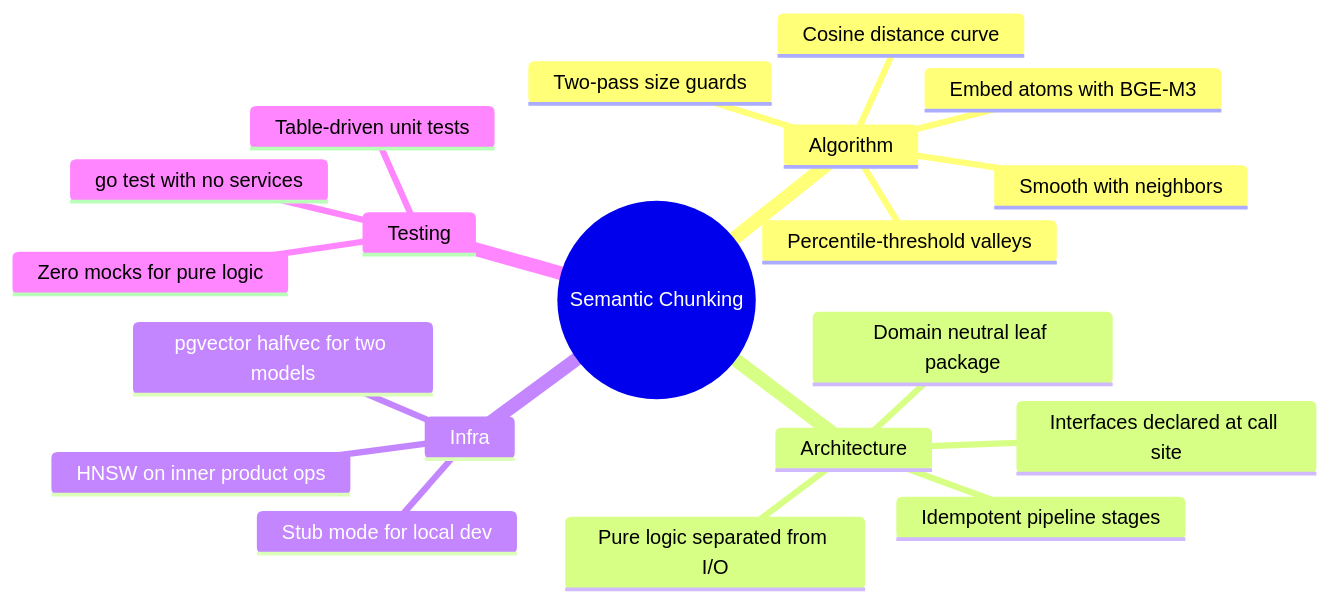
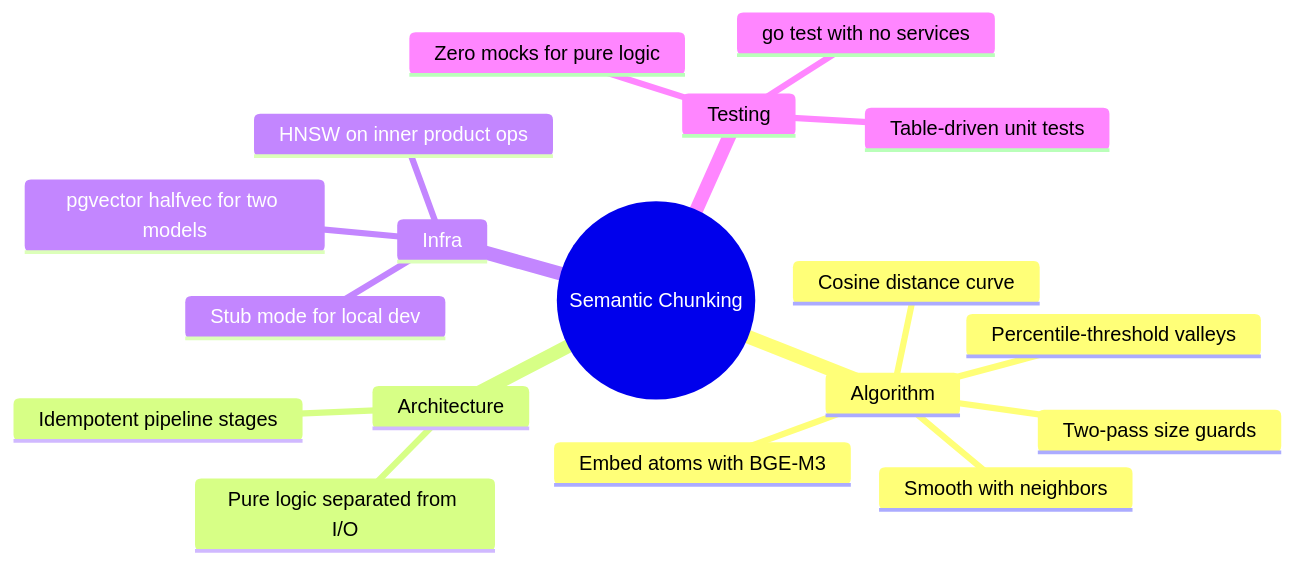
One commit to amit-upadhyay-IT/blog.dwar-ai.org changed diagram 16 of 16 in src/content/docs/amit/blog-semantic-chunking-valley-detection.md. Above: the diagram before and after it, drawn with Mermaid. The commit also changed other lines of this file, not shown here.

````diff
--- a/src/content/docs/amit/blog-semantic-chunking-valley-detection.md
+++ b/src/content/docs/amit/blog-semantic-chunking-valley-detection.md
@@ -501,23 +473,21 @@
 ```mermaid
 mindmap
   root((Semantic Chunking))
     Algorithm
       Embed atoms with BGE-M3
       Smooth with neighbors
       Cosine distance curve
       Percentile-threshold valleys
       Two-pass size guards
     Architecture
       Pure logic separated from I/O
-      Interfaces declared at call site
-      Domain neutral leaf package
       Idempotent pipeline stages
     Infra
       pgvector halfvec for two models
       HNSW on inner product ops
       Stub mode for local dev
     Testing
       Zero mocks for pure logic
       Table-driven unit tests
       go test with no services
 ```
````
